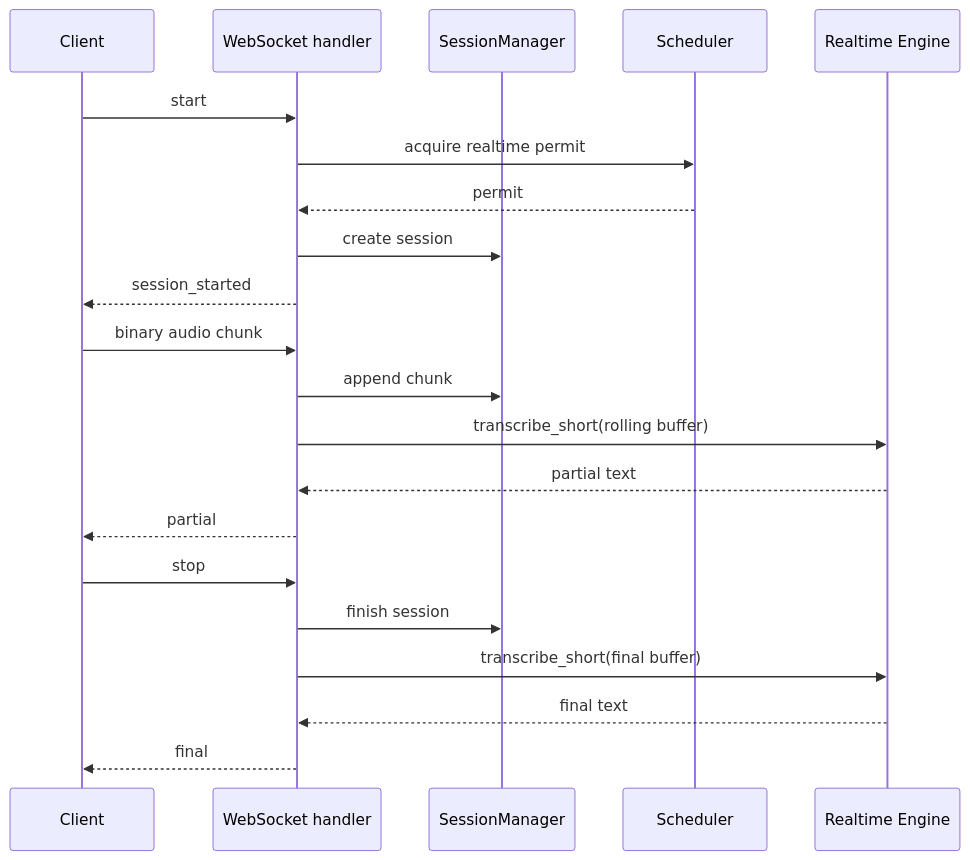
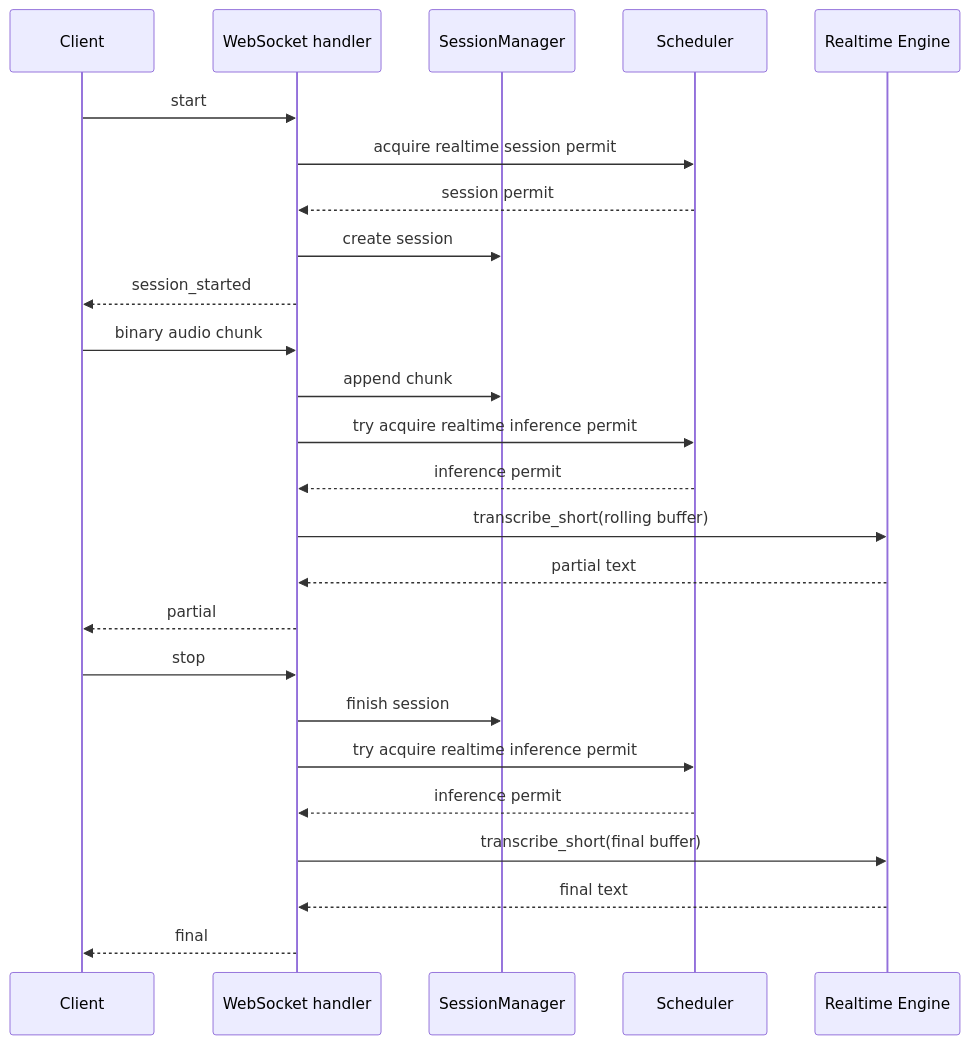
The third of 3 diagrams in docs/architecture.md (agent-axiom/aximo), drawn with Mermaid before and after one commit. The commit also changed other lines of this file and 11 other files, not shown here.

````diff
--- a/docs/architecture.md
+++ b/docs/architecture.md
@@ -37,24 +39,28 @@
 ```mermaid
 sequenceDiagram
     participant C as Client
     participant W as WebSocket handler
     participant M as SessionManager
     participant S as Scheduler
     participant E as Realtime Engine
 
     C->>W: start
-    W->>S: acquire realtime permit
-    S-->>W: permit
+    W->>S: acquire realtime session permit
+    S-->>W: session permit
     W->>M: create session
     W-->>C: session_started
     C->>W: binary audio chunk
     W->>M: append chunk
+    W->>S: try acquire realtime inference permit
+    S-->>W: inference permit
     W->>E: transcribe_short(rolling buffer)
     E-->>W: partial text
     W-->>C: partial
     C->>W: stop
     W->>M: finish session
+    W->>S: try acquire realtime inference permit
+    S-->>W: inference permit
     W->>E: transcribe_short(final buffer)
     E-->>W: final text
     W-->>C: final
 ```
````
